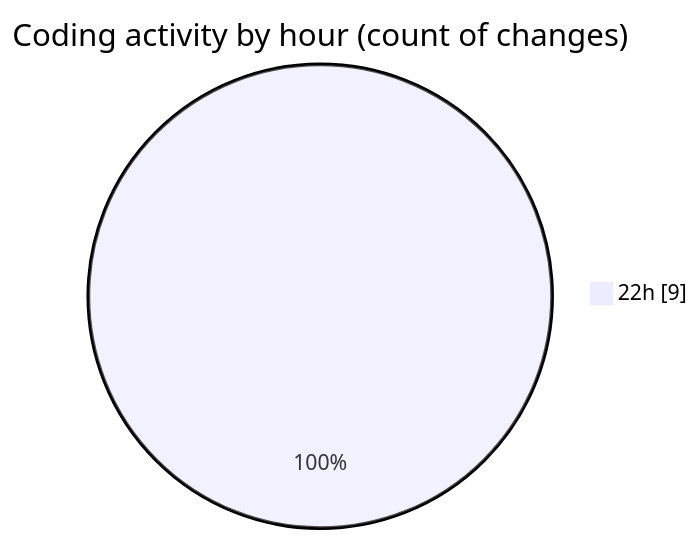
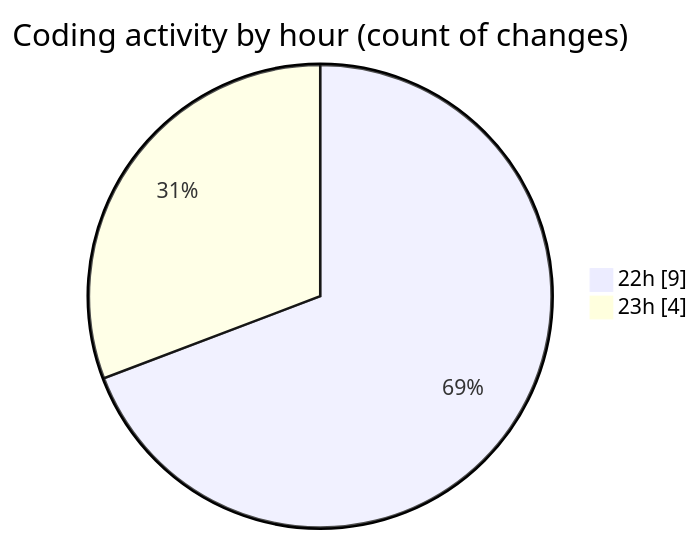
The second of 2 diagrams in 2025-08-31/abc2/README.md (IJAZ3593/code-tracking), drawn with Mermaid before and after one commit. The commit also changed other lines of this file and 1 other file, not shown here.

````diff
--- a/2025-08-31/abc2/README.md
+++ b/2025-08-31/abc2/README.md
@@ -34,5 +36,6 @@
 ```mermaid
 pie showData
 title Coding activity by hour (count of changes)
 "22h" : 9
+"23h" : 4
 ```
````
